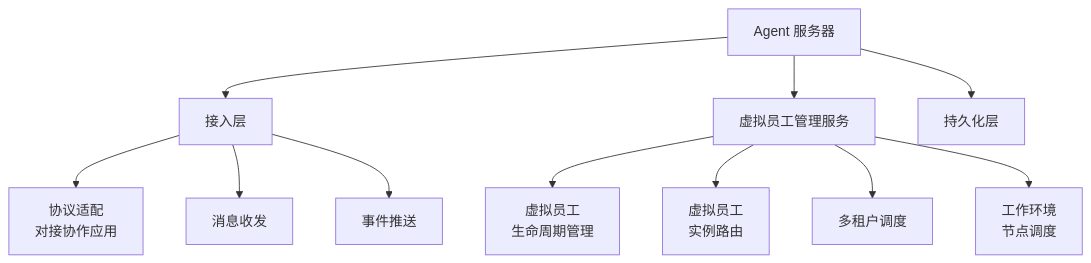
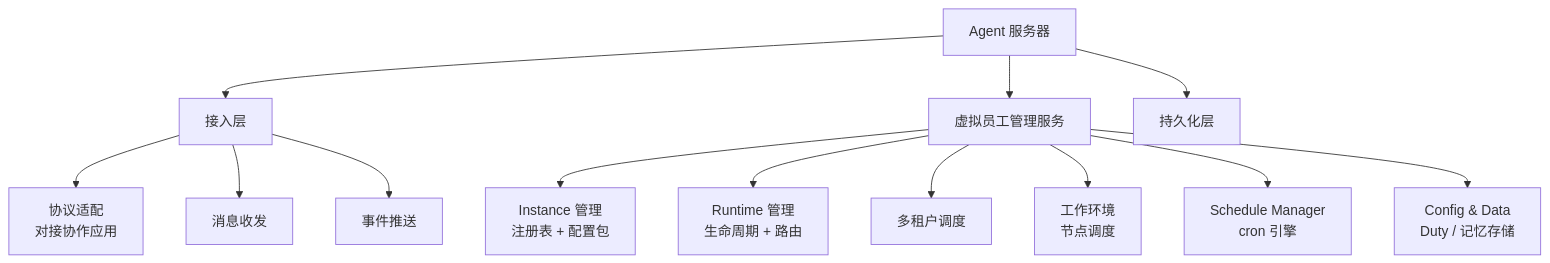
Before and after one commit to chongyi/virtual-team-architecture: the first of 4 diagrams in virtual-team/src/07-agent-server.md, drawn with Mermaid. The commit also changed 10 other files, not shown here.

First line of the commit message:
docs: introduce VE Instance/Runtime split, Schedule/Timer, Duty, Hook system

````diff
--- a/virtual-team/src/07-agent-server.md
+++ b/virtual-team/src/07-agent-server.md
@@ -9,16 +9,18 @@
 ```mermaid
 flowchart TD
     as["Agent 服务器"]
     as --> access["接入层"]
     as --> veMgmt["虚拟员工管理服务"]
     as --> store["持久化层"]
 
     access --> access1["协议适配<br/>对接协作应用"]
     access --> access2["消息收发"]
     access --> access3["事件推送"]
 
-    veMgmt --> mgmt1["虚拟员工<br/>生命周期管理"]
-    veMgmt --> mgmt2["虚拟员工<br/>实例路由"]
+    veMgmt --> mgmt1["Instance 管理<br/>注册表 + 配置包"]
+    veMgmt --> mgmt2["Runtime 管理<br/>生命周期 + 路由"]
     veMgmt --> mgmt3["多租户调度"]
     veMgmt --> mgmt4["工作环境<br/>节点调度"]
+    veMgmt --> mgmt5["Schedule Manager<br/>cron 引擎"]
+    veMgmt --> mgmt6["Config & Data<br/>Duty / 记忆存储"]
 ```
````
